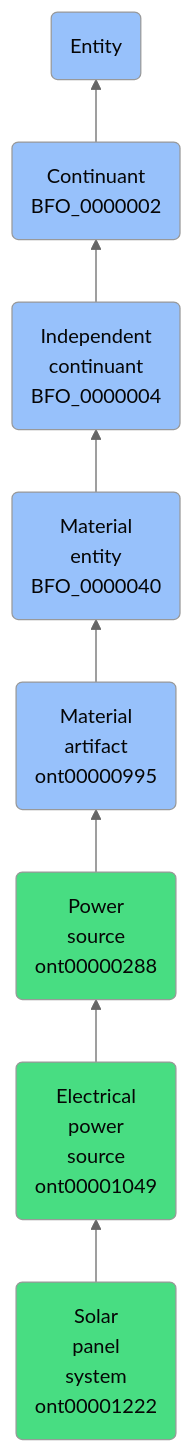
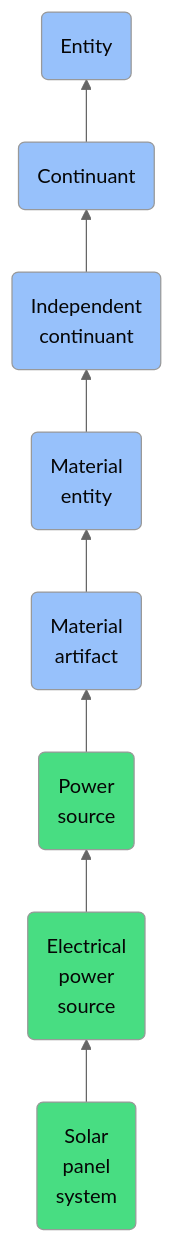
The diagram in docs/ontology/reference/model/Entity/Continuant/Independent continuant/Material entity/Material artifact/Power source/Electrical power source/Solar panel system/Solar panel system.md (jupyter-naas/abi), drawn with Mermaid (neutral theme) before and after one commit. The commit also changed other lines of this file and 1430 other files, not shown here.

````diff
--- a/docs/ontology/reference/model/Entity/Continuant/Independent continuant/Material entity/Material artifact/Power source/Electrical power source/Solar panel system/Solar panel system.md
+++ b/docs/ontology/reference/model/Entity/Continuant/Independent continuant/Material entity/Material artifact/Power source/Electrical power source/Solar panel system/Solar panel system.md
@@ -25,15 +25,15 @@
 ```mermaid
 graph BT
-    ont00001222(Solar<br>panel<br>system<br>ont00001222):::ABI-->ont00001049
-    ont00001049(Electrical<br>power<br>source<br>ont00001049):::ABI-->ont00000288
-    ont00000288(Power<br>source<br>ont00000288):::ABI-->ont00000995
-    ont00000995(Material<br>artifact<br>ont00000995):::BFO-->BFO_0000040
-    BFO_0000040(Material<br>entity<br>BFO_0000040):::BFO-->BFO_0000004
-    BFO_0000004(Independent<br>continuant<br>BFO_0000004):::BFO-->BFO_0000002
-    BFO_0000002(Continuant<br>BFO_0000002):::BFO-->BFO_0000001
+    ont00001222(Solar<br>panel<br>system):::ABI-->ont00001049
+    ont00001049(Electrical<br>power<br>source):::ABI-->ont00000288
+    ont00000288(Power<br>source):::ABI-->ont00000995
+    ont00000995(Material<br>artifact):::BFO-->BFO_0000040
+    BFO_0000040(Material<br>entity):::BFO-->BFO_0000004
+    BFO_0000004(Independent<br>continuant):::BFO-->BFO_0000002
+    BFO_0000002(Continuant):::BFO-->BFO_0000001
     BFO_0000001(Entity):::BFO
     
     classDef BFO fill:#97c1fb,color:#060606
     classDef CCO fill:#e4c51e,color:#060606
     classDef ABI fill:#48DD82,color:#060606
 ```
````
